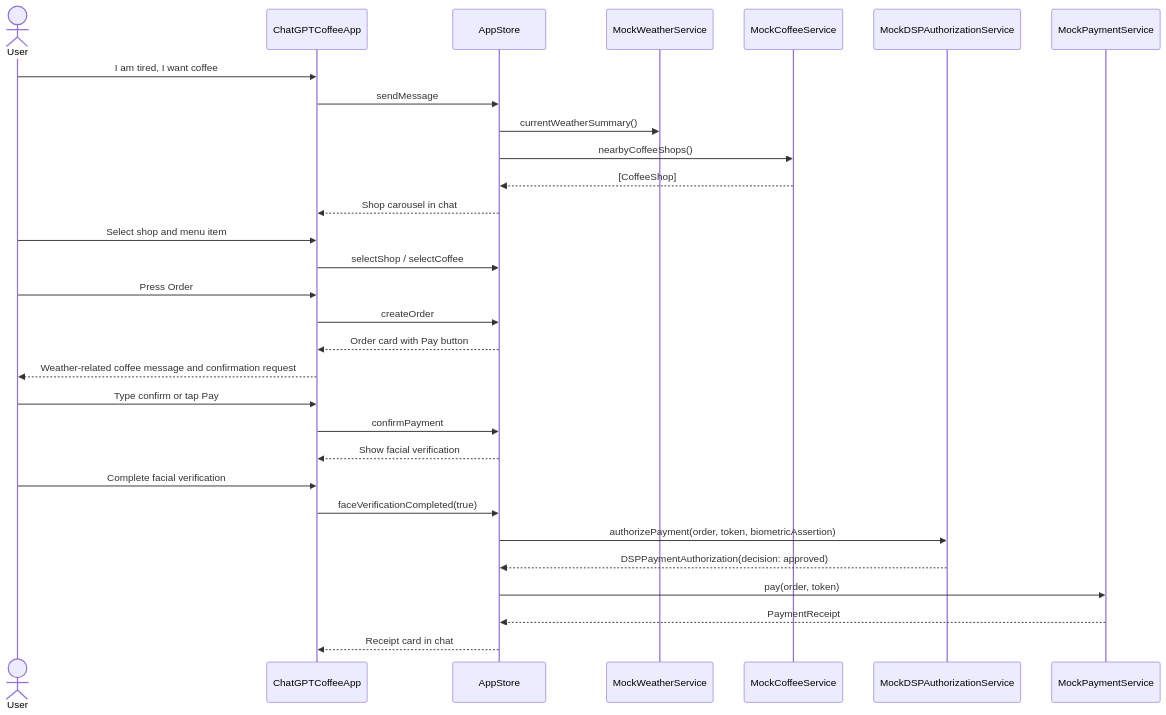
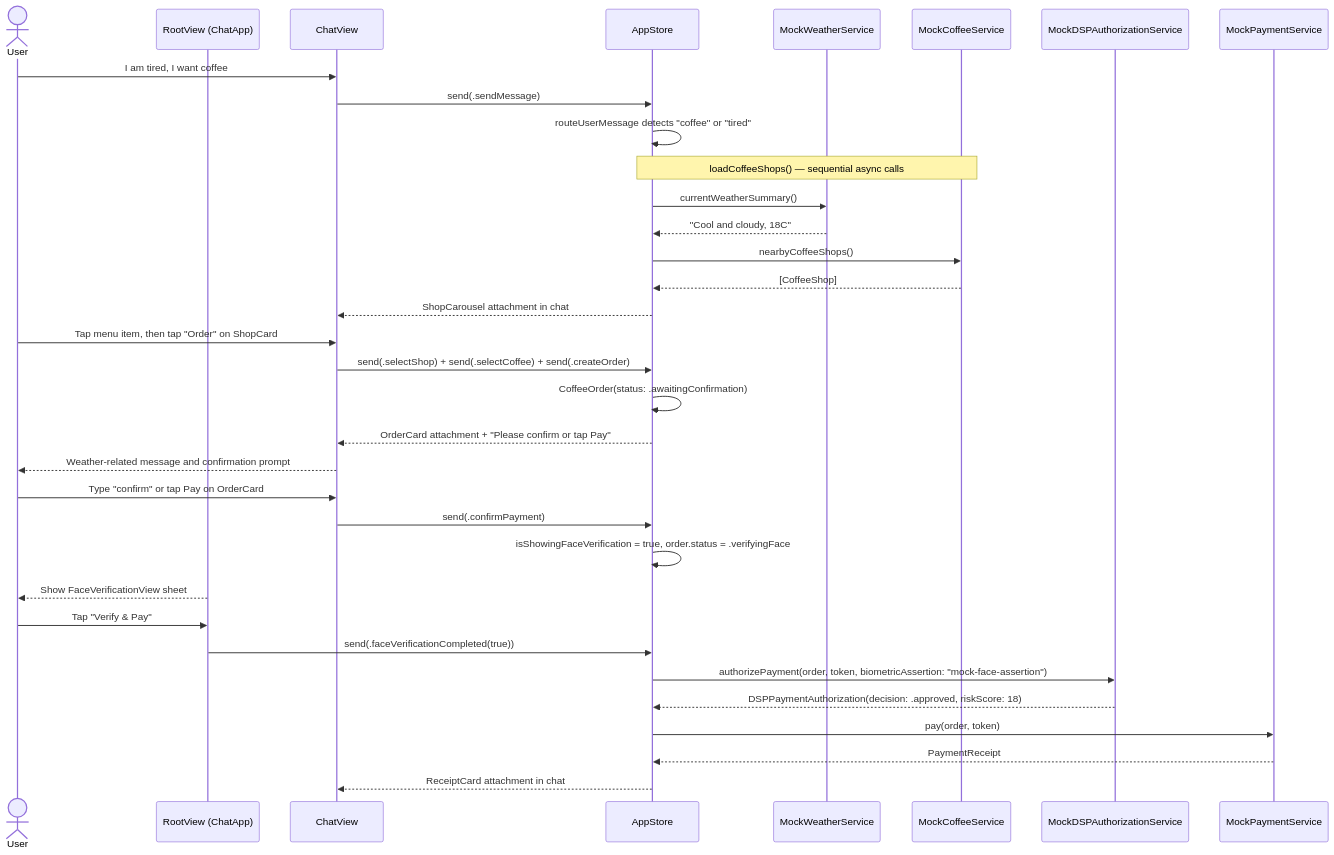
The fifth of 8 diagrams in DESIGN.md (EdwardLMH/LLMChatIntegration), drawn with Mermaid before and after one commit. The commit also changed other lines of this file and 35 other files, not shown here.

````diff
--- a/DESIGN.md
+++ b/DESIGN.md
@@ -158,33 +205,37 @@
 ```mermaid
 sequenceDiagram
     actor User
-    participant Chat as ChatGPTCoffeeApp
+    participant RootView as RootView (ChatApp)
+    participant Chat as ChatView
     participant Store as AppStore
     participant Weather as MockWeatherService
     participant Coffee as MockCoffeeService
     participant DSP as MockDSPAuthorizationService
     participant Pay as MockPaymentService
 
     User->>Chat: I am tired, I want coffee
-    Chat->>Store: sendMessage
+    Chat->>Store: send(.sendMessage)
+    Store->>Store: routeUserMessage detects "coffee" or "tired"
+    Note over Store,Coffee: loadCoffeeShops() — sequential async calls
     Store->>Weather: currentWeatherSummary()
+    Weather-->>Store: "Cool and cloudy, 18C"
     Store->>Coffee: nearbyCoffeeShops()
     Coffee-->>Store: [CoffeeShop]
-    Store-->>Chat: Shop carousel in chat
-    User->>Chat: Select shop and menu item
-    Chat->>Store: selectShop / selectCoffee
-    User->>Chat: Press Order
-    Chat->>Store: createOrder
-    Store-->>Chat: Order card with Pay button
-    Chat-->>User: Weather-related coffee message and confirmation request
-    User->>Chat: Type confirm or tap Pay
-    Chat->>Store: confirmPayment
-    Store-->>Chat: Show facial verification
-    User->>Chat: Complete facial verification
-    Chat->>Store: faceVerificationCompleted(true)
-    Store->>DSP: authorizePayment(order, token, biometricAssertion)
-    DSP-->>Store: DSPPaymentAuthorization(decision: approved)
+    Store-->>Chat: ShopCarousel attachment in chat
+    User->>Chat: Tap menu item, then tap "Order" on ShopCard
+    Chat->>Store: send(.selectShop) + send(.selectCoffee) + send(.createOrder)
+    Store->>Store: CoffeeOrder(status: .awaitingConfirmation)
+    Store-->>Chat: OrderCard attachment + "Please confirm or tap Pay"
+    Chat-->>User: Weather-related message and confirmation prompt
+    User->>Chat: Type "confirm" or tap Pay on OrderCard
+    Chat->>Store: send(.confirmPayment)
+    Store->>Store: isShowingFaceVerification = true, order.status = .verifyingFace
+    RootView-->>User: Show FaceVerificationView sheet
+    User->>RootView: Tap "Verify & Pay"
+    RootView->>Store: send(.faceVerificationCompleted(true))
+    Store->>DSP: authorizePayment(order, token, biometricAssertion: "mock-face-assertion")
+    DSP-->>Store: DSPPaymentAuthorization(decision: .approved, riskScore: 18)
     Store->>Pay: pay(order, token)
     Pay-->>Store: PaymentReceipt
-    Store-->>Chat: Receipt card in chat
+    Store-->>Chat: ReceiptCard attachment in chat
 ```
````
